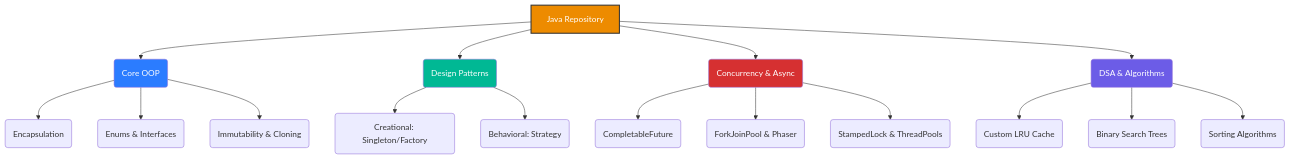
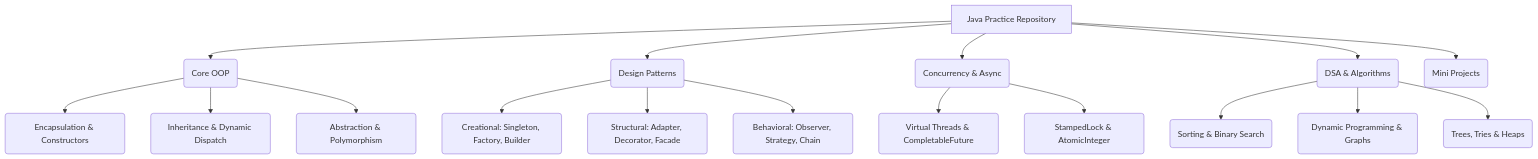
Before and after one commit to psgaikwad2003/java_practice: the diagram in README.md, drawn with Mermaid. The commit also changed other lines of this file, not shown here.

Commit message:
Update README.md with comprehensive algorithm index, run instructions, and learning roadmap

````diff
--- a/README.md
+++ b/README.md
@@ -37,28 +36,23 @@
 ```mermaid
 graph TD
-    A[Java Repository] --> B(Core OOP)
+    A[Java Practice Repository] --> B(Core OOP)
     A --> C(Design Patterns)
     A --> D(Concurrency & Async)
     A --> E(DSA & Algorithms)
+    A --> F(Mini Projects)
     
-    B --> B1(Encapsulation)
-    B --> B2(Enums & Interfaces)
-    B --> B3(Immutability & Cloning)
+    B --> B1(Encapsulation & Constructors)
+    B --> B2(Inheritance & Dynamic Dispatch)
+    B --> B3(Abstraction & Polymorphism)
     
-    C --> C1(Creational: Singleton/Factory)
-    C --> C2(Behavioral: Strategy)
+    C --> C1(Creational: Singleton, Factory, Builder)
+    C --> C2(Structural: Adapter, Decorator, Facade)
+    C --> C3(Behavioral: Observer, Strategy, Chain)
     
-    D --> D1(CompletableFuture)
-    D --> D2(ForkJoinPool & Phaser)
-    D --> D3(StampedLock & ThreadPools)
+    D --> D1(Virtual Threads & CompletableFuture)
+    D --> D2(StampedLock & AtomicInteger)
     
-    E --> E1(Custom LRU Cache)
-    E --> E2(Binary Search Trees)
-    E --> E3(Sorting Algorithms)
-    
-    style A fill:#ED8B00,stroke:#333,stroke-width:2px,color:#fff
-    style B fill:#2b7cff,color:#fff
-    style C fill:#00b894,color:#fff
-    style D fill:#d63031,color:#fff
-    style E fill:#6c5ce7,color:#fff
+    E --> E1(Sorting & Binary Search)
+    E --> E2(Dynamic Programming & Graphs)
+    E --> E3(Trees, Tries & Heaps)
 ```
````
